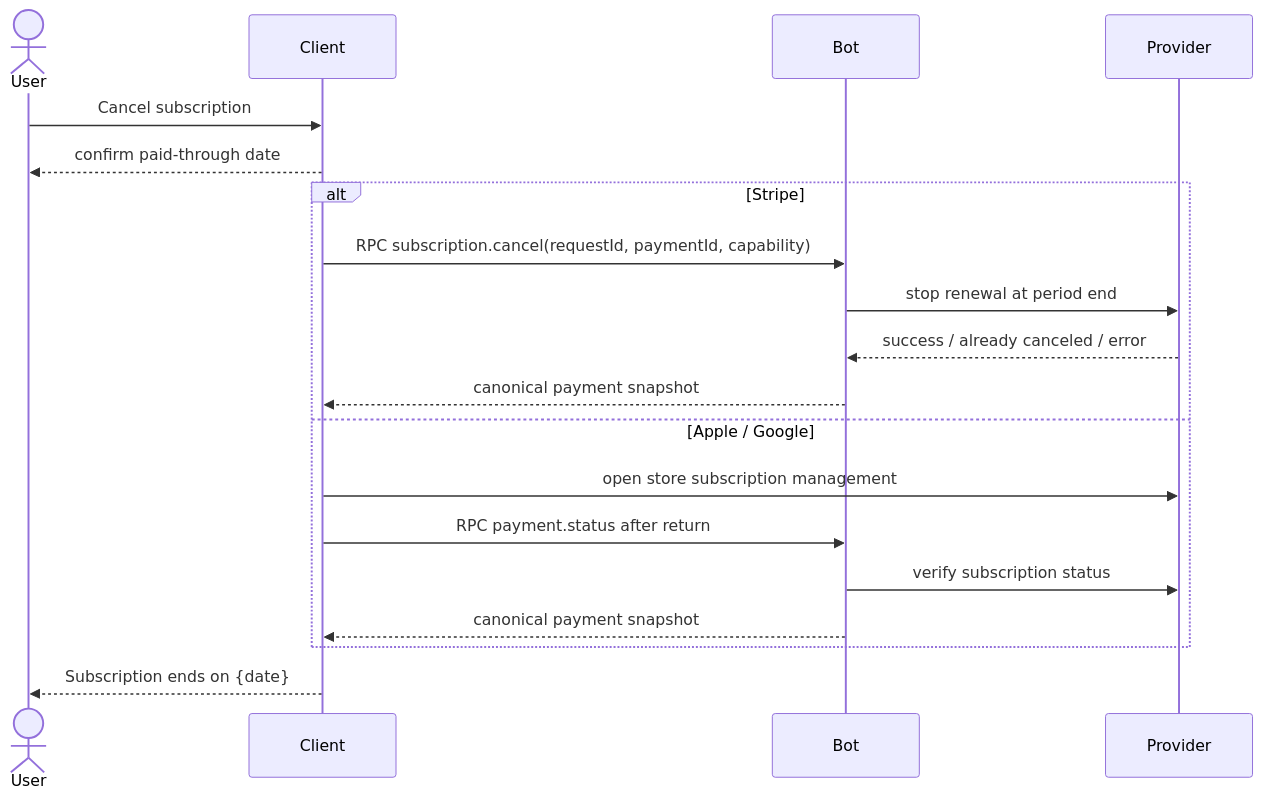
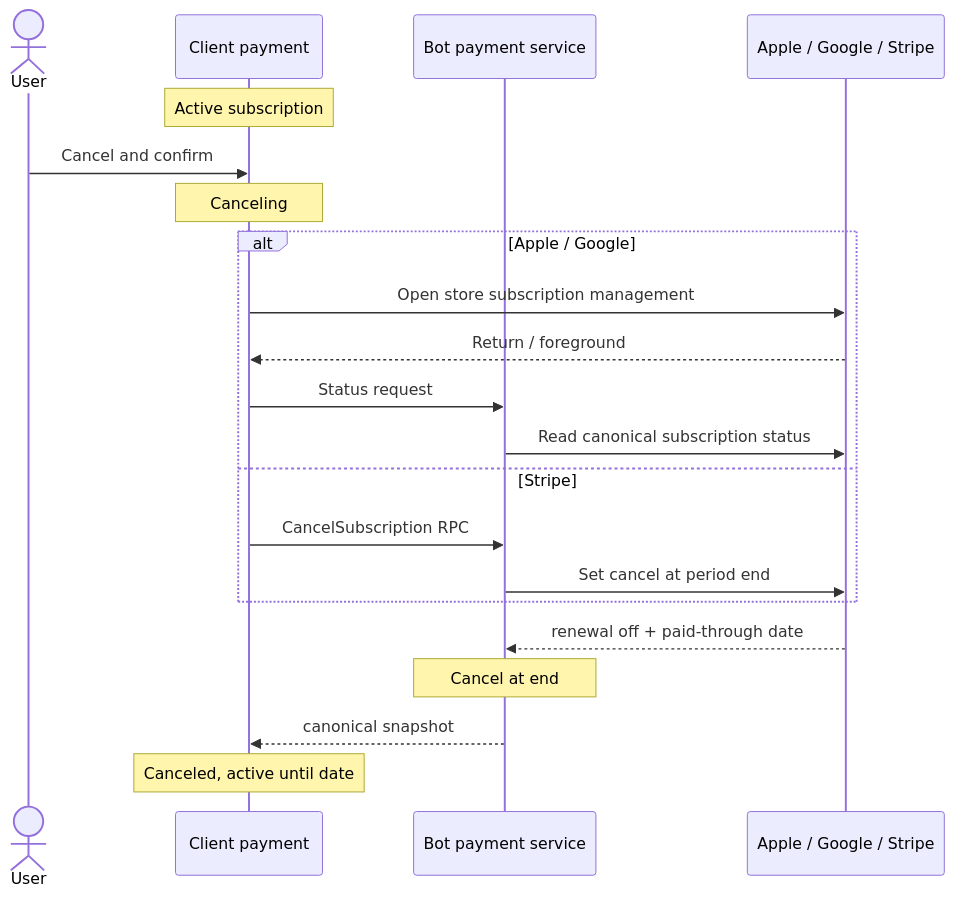
One commit to simplex-chat/simplex-chat changed the fourth of 4 diagrams in plans/2026-07-20-supporter-badges-v2-product.md. Above: the diagram before and after it, drawn with Mermaid. The commit also changed other lines of this file and 4 other files, not shown here.

````diff
--- a/plans/2026-07-20-supporter-badges-v2-product.md
+++ b/plans/2026-07-20-supporter-badges-v2-product.md
@@ -197,21 +230,24 @@
 ```mermaid
 sequenceDiagram
   actor U as User
-  participant C as Client
-  participant B as Bot
-  participant P as Provider
-  U->>C: Cancel subscription
-  C-->>U: confirm paid-through date
-  alt Stripe
-    C->>B: RPC subscription.cancel(requestId, paymentId, capability)
-    B->>P: stop renewal at period end
-    P-->>B: success / already canceled / error
-    B-->>C: canonical payment snapshot
-  else Apple / Google
-    C->>P: open store subscription management
-    C->>B: RPC payment.status after return
-    B->>P: verify subscription status
-    B-->>C: canonical payment snapshot
+  participant CP as Client payment
+  participant B as Bot payment service
+  participant P as Apple / Google / Stripe
+
+  Note over CP: Active subscription
+  U->>CP: Cancel and confirm
+  Note over CP: Canceling
+  alt Apple / Google
+    CP->>P: Open store subscription management
+    P-->>CP: Return / foreground
+    CP->>B: Status request
+    B->>P: Read canonical subscription status
+  else Stripe
+    CP->>B: CancelSubscription RPC
+    B->>P: Set cancel at period end
   end
-  C-->>U: Subscription ends on {date}
+  P-->>B: renewal off + paid-through date
+  Note over B: Cancel at end
+  B-->>CP: canonical snapshot
+  Note over CP: Canceled, active until date
 ```
````
